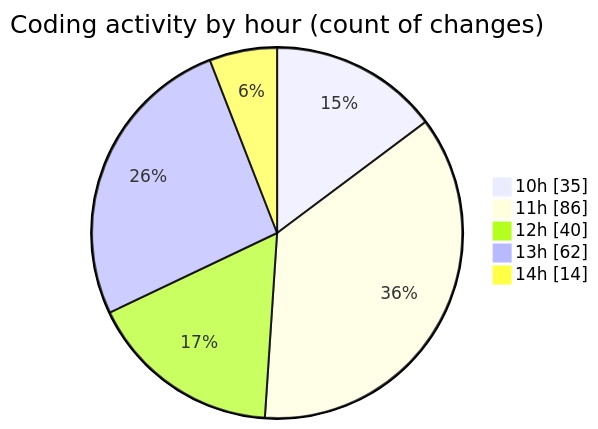
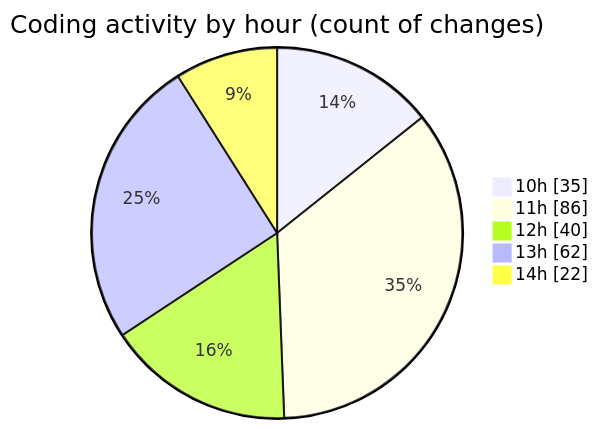
Before and after one commit to momahboobian/code-tracking: the second of 2 diagrams in 2025-03-28/cda/README.md, drawn with Mermaid. The commit also changed other lines of this file and 1 other file, not shown here.

````diff
--- a/2025-03-28/cda/README.md
+++ b/2025-03-28/cda/README.md
@@ -36,9 +36,9 @@
 ```mermaid
 pie showData
 title Coding activity by hour (count of changes)
 "10h" : 35
 "11h" : 86
 "12h" : 40
 "13h" : 62
-"14h" : 14
+"14h" : 22
 ```
````
